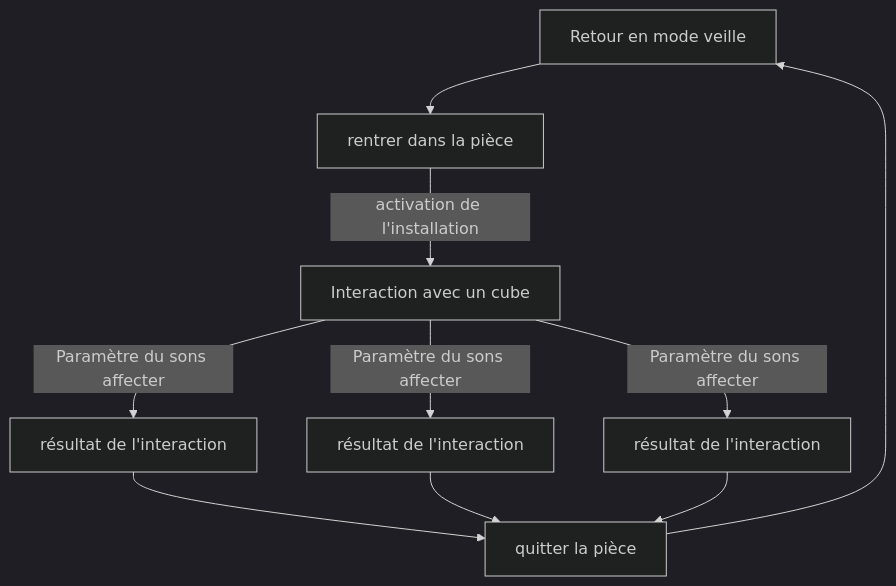
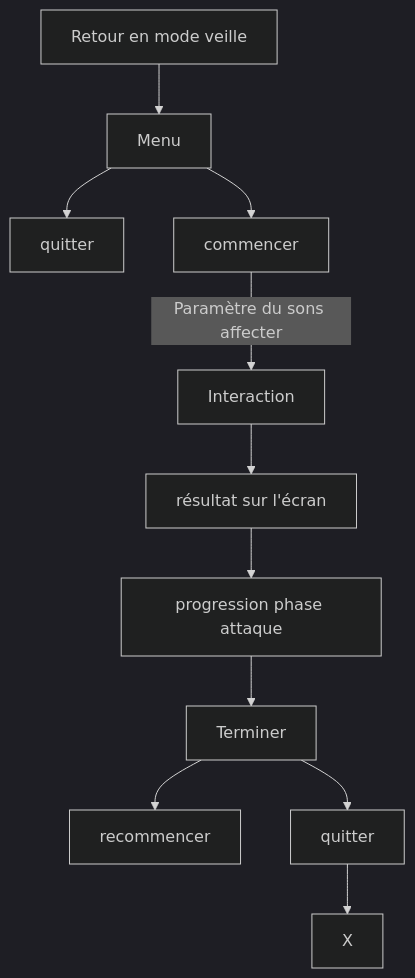
Before and after one commit to Ethereal-Creators/Etheria: the diagram in 20_intention/30_scenario/README.md, drawn with Mermaid (dark theme).

Commit message:
scenario nouveau

````diff
--- a/20_intention/30_scenario/README.md
+++ b/20_intention/30_scenario/README.md
@@ -13,12 +13,13 @@
 ```mermaid
 graph TD
-    A[Retour en mode veille] --> x[rentrer dans la pièce]
-    x -- activation de l'installation --> B
-    B[Interaction avec un cube] -- Paramètre du sons affecter --> C[résultat de l'interaction]
-    B --Paramètre du sons affecter --> D[résultat de l'interaction]
-    B --Paramètre du sons affecter --> E[résultat de l'interaction]
-    C --> F[quitter la pièce]
-    D --> F
-    E --> F
-    F --> A
+    A[Retour en mode veille] --> x[Menu]
+    x --> Z[quitter]
+    x --> B[veille]
+    B[commencer] -- Paramètre du sons affecter --> C[Interaction]
+    C --> F[résultat sur l'écran]
+    F --> M[progression phase attaque]
+    M --> U[Terminer]
+    U --> H[recommencer]
+    U --> N[quitter]
+    N --> X
 ```
````
